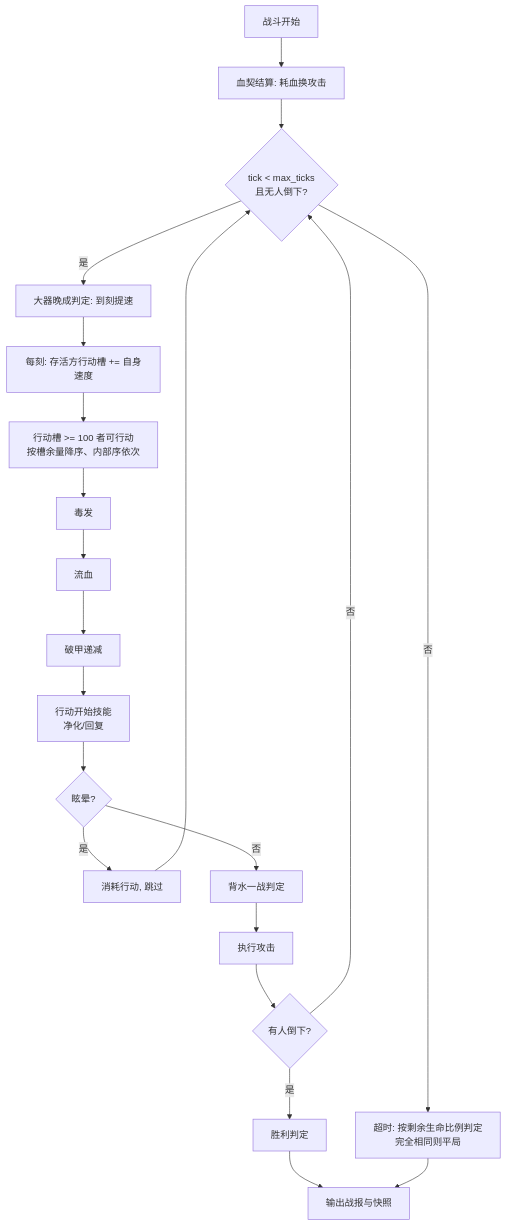
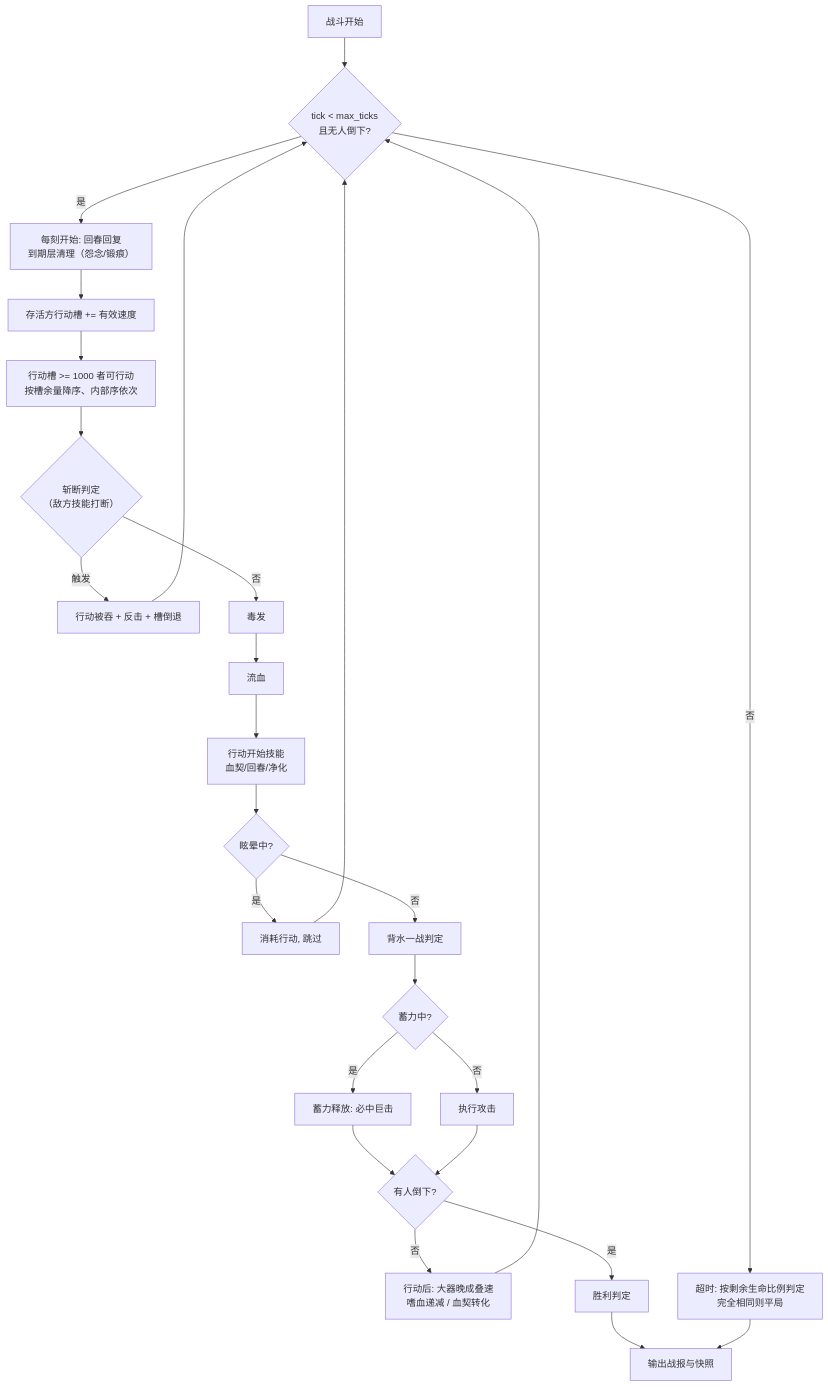
One commit to icdyso/namefight_pro changed the second of 2 diagrams in docs/GAME_SPEC.md. Above: the diagram before and after it, drawn with Mermaid. The commit also changed other lines of this file and 24 other files, not shown here.

````diff
--- a/docs/GAME_SPEC.md
+++ b/docs/GAME_SPEC.md
@@ -246,16 +256,19 @@
 ```mermaid
 flowchart TD
-    S[战斗开始] --> BP[血契结算: 耗血换攻击]
-    BP --> T{tick < max_ticks<br/>且无人倒下?}
-    T -->|是| TP[大器晚成判定: 到刻提速] --> G[每刻: 存活方行动槽 += 自身速度]
-    G --> R[行动槽 >= 100 者可行动<br/>按槽余量降序、内部序依次]
-    R --> A1[毒发] --> A1b[流血] --> A1c[破甲递减] --> A2[行动开始技能<br/>净化/回复] --> A3{眩晕?}
+    S[战斗开始] --> T{tick < max_ticks<br/>且无人倒下?}
+    T -->|是| TK[每刻开始: 回春回复<br/>到期层清理（怨念/锻痕）] --> G[存活方行动槽 += 有效速度]
+    G --> R[行动槽 >= 1000 者可行动<br/>按槽余量降序、内部序依次]
+    R --> A0{斩断判定<br/>（敌方技能打断）}
+    A0 -->|触发| A0b[行动被吞 + 反击 + 槽倒退] --> T
+    A0 -->|否| A1[毒发] --> A1b[流血] --> A2[行动开始技能<br/>血契/回春/净化] --> A3{眩晕中?}
     A3 -->|是| A4[消耗行动, 跳过] --> T
-    A3 -->|否| A5[背水一战判定] --> A6[执行攻击]
-    A6 --> A7{有人倒下?}
-    A7 -->|否| T
-    A7 -->|是| W[胜利判定]
+    A3 -->|否| A5[背水一战判定] --> A6{蓄力中?}
+    A6 -->|是| A6b[蓄力释放: 必中巨击] --> Z
+    A6 -->|否| A7[执行攻击]
+    A7 --> Z{有人倒下?}
+    Z -->|否| Y[行动后: 大器晚成叠速<br/>嗜血递减 / 血契转化] --> T
+    Z -->|是| W[胜利判定]
     T -->|否| J[超时: 按剩余生命比例判定<br/>完全相同则平局]
     W --> V[输出战报与快照]
     J --> V
 ```
````
